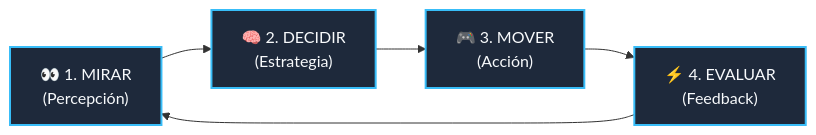
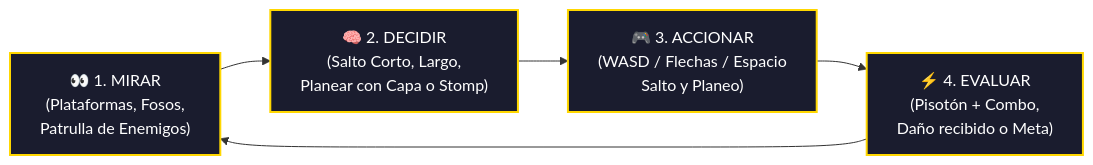
One commit to 2026B-sof-jueg-gr1/AlbanLucas-DorianJoel-jueg-Gr3 changed the first of 3 diagrams in mi-primer-juego/PRESENTACION.md. Above: the diagram before and after it, drawn with Mermaid. The commit also changed other lines of this file and 1 other file, not shown here.

````diff
--- a/mi-primer-juego/PRESENTACION.md
+++ b/mi-primer-juego/PRESENTACION.md
@@ -39,10 +42,10 @@
 ```mermaid
 flowchart LR
-    A["👀 1. MIRAR<br/>(Percepción)"] --> B["🧠 2. DECIDIR<br/>(Estrategia)"]
-    B --> C["🎮 3. MOVER<br/>(Acción)"]
-    C --> D["⚡ 4. EVALUAR<br/>(Feedback)"]
+    A["👀 1. MIRAR<br/>(Plataformas, Fosos,<br/>Patrulla de Enemigos)"] --> B["🧠 2. DECIDIR<br/>(Salto Corto, Largo,<br/>Planear con Capa o Stomp)"]
+    B --> C["🎮 3. ACCIONAR<br/>(WASD / Flechas / Espacio<br/>Salto y Planeo)"]
+    C --> D["⚡ 4. EVALUAR<br/>(Pisotón + Combo,<br/>Daño recibido o Meta)"]
     D --> A
 
-    classDef stage fill:#1e293b,stroke:#38bdf8,stroke-width:2px,color:#f8fafc;
+    classDef stage fill:#1a1c2e,stroke:#ffd700,stroke-width:2px,color:#ffffff;
     class A,B,C,D stage;
 ```
````
